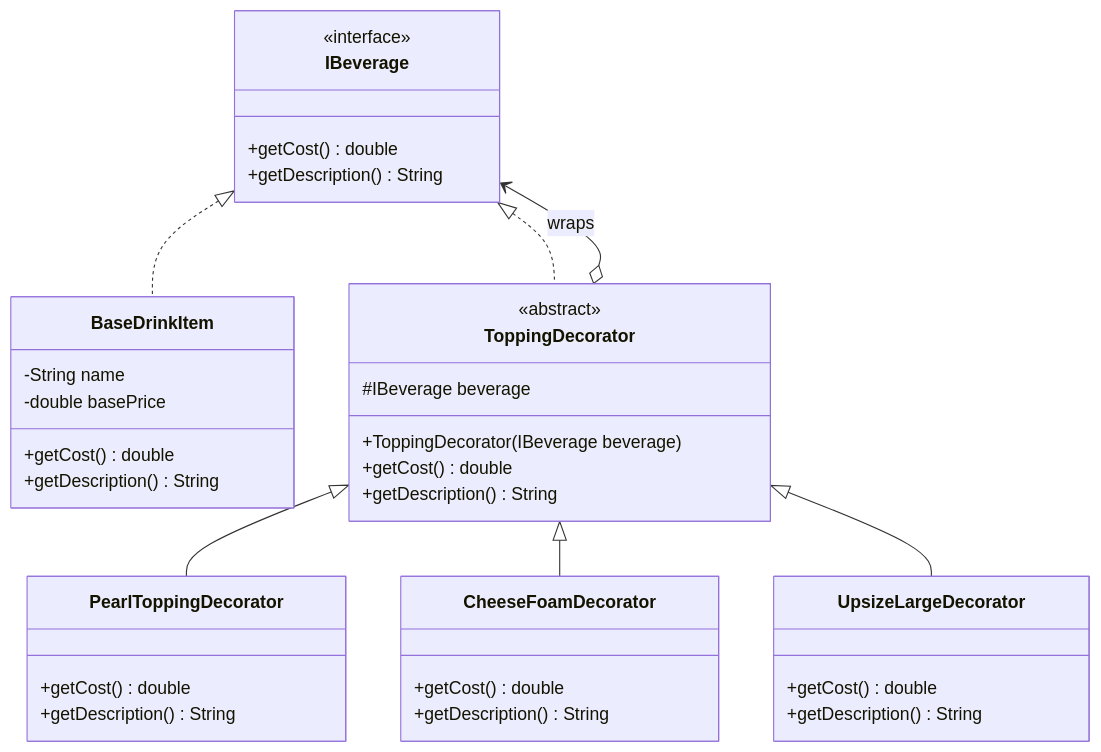
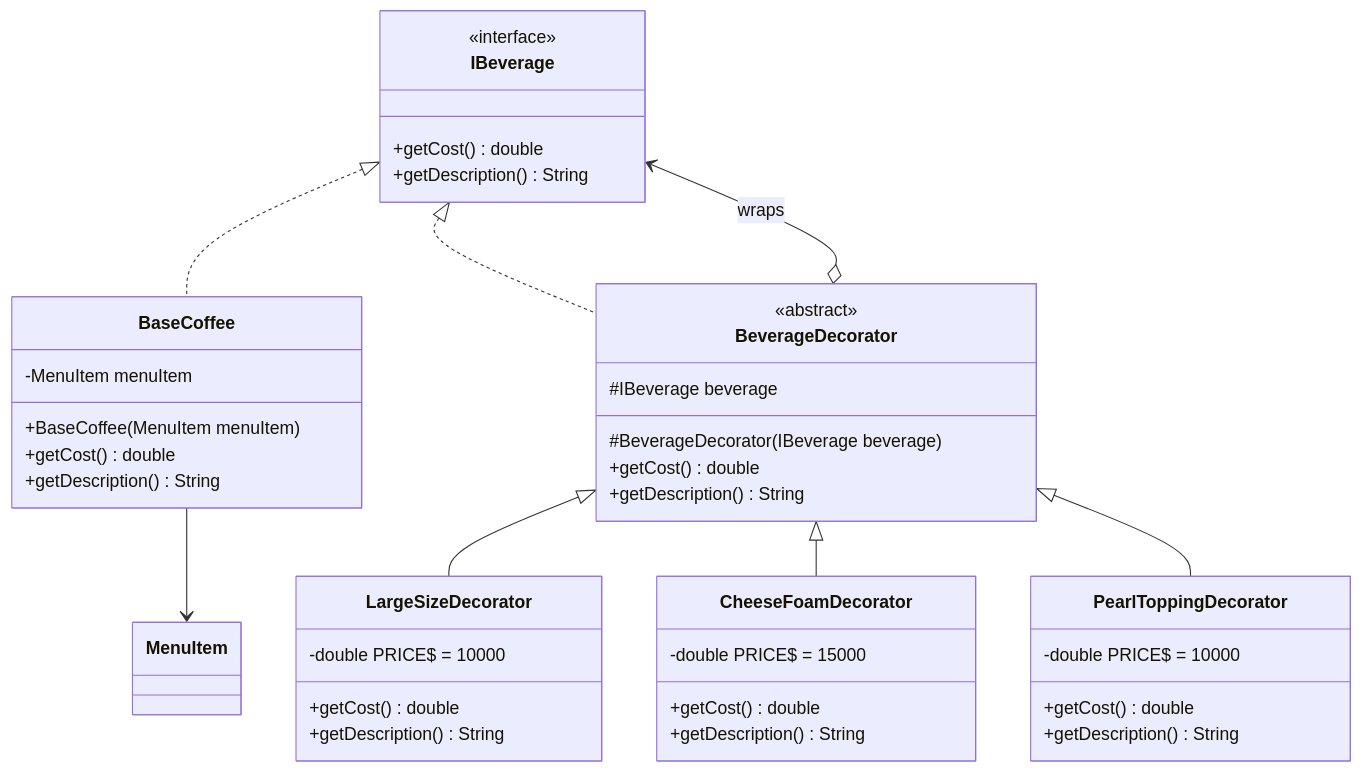
Before and after one commit to HubertPhung/WebQuanLyQuanCafe-DesignPatterns: the fifth of 8 diagrams in docs/DESIGN_PATTERNS_SPEC.md, drawn with Mermaid. The commit also changed other lines of this file, not shown here.

First line of the commit message:
docs: align Factory and Decorator UML with implemented classes (#15)

````diff
--- a/docs/DESIGN_PATTERNS_SPEC.md
+++ b/docs/DESIGN_PATTERNS_SPEC.md
@@ -796,45 +775,49 @@
 ```mermaid
 classDiagram
     class IBeverage {
         <<interface>>
         +getCost() double
         +getDescription() String
     }
 
-    class BaseDrinkItem {
-        -String name
-        -double basePrice
+    class BaseCoffee {
+        -MenuItem menuItem
+        +BaseCoffee(MenuItem menuItem)
         +getCost() double
         +getDescription() String
     }
 
-    class ToppingDecorator {
+    class BeverageDecorator {
         <<abstract>>
         #IBeverage beverage
-        +ToppingDecorator(IBeverage beverage)
+        #BeverageDecorator(IBeverage beverage)
+        +getCost() double
+        +getDescription() String
+    }
+
+    class LargeSizeDecorator {
+        -double PRICE$ = 10000
+        +getCost() double
+        +getDescription() String
+    }
+
+    class CheeseFoamDecorator {
+        -double PRICE$ = 15000
         +getCost() double
         +getDescription() String
     }
 
     class PearlToppingDecorator {
+        -double PRICE$ = 10000
         +getCost() double
         +getDescription() String
     }
 
-    class CheeseFoamDecorator {
-        +getCost() double
-        +getDescription() String
-    }
-
-    class UpsizeLargeDecorator {
-        +getCost() double
-        +getDescription() String
-    }
-
-    IBeverage <|.. BaseDrinkItem
-    IBeverage <|.. ToppingDecorator
-    ToppingDecorator <|-- PearlToppingDecorator
-    ToppingDecorator <|-- CheeseFoamDecorator
-    ToppingDecorator <|-- UpsizeLargeDecorator
-    ToppingDecorator o--> IBeverage : wraps
+    IBeverage <|.. BaseCoffee
+    IBeverage <|.. BeverageDecorator
+    BeverageDecorator <|-- LargeSizeDecorator
+    BeverageDecorator <|-- CheeseFoamDecorator
+    BeverageDecorator <|-- PearlToppingDecorator
+    BeverageDecorator o--> IBeverage : wraps
+    BaseCoffee --> MenuItem
 ```
````
